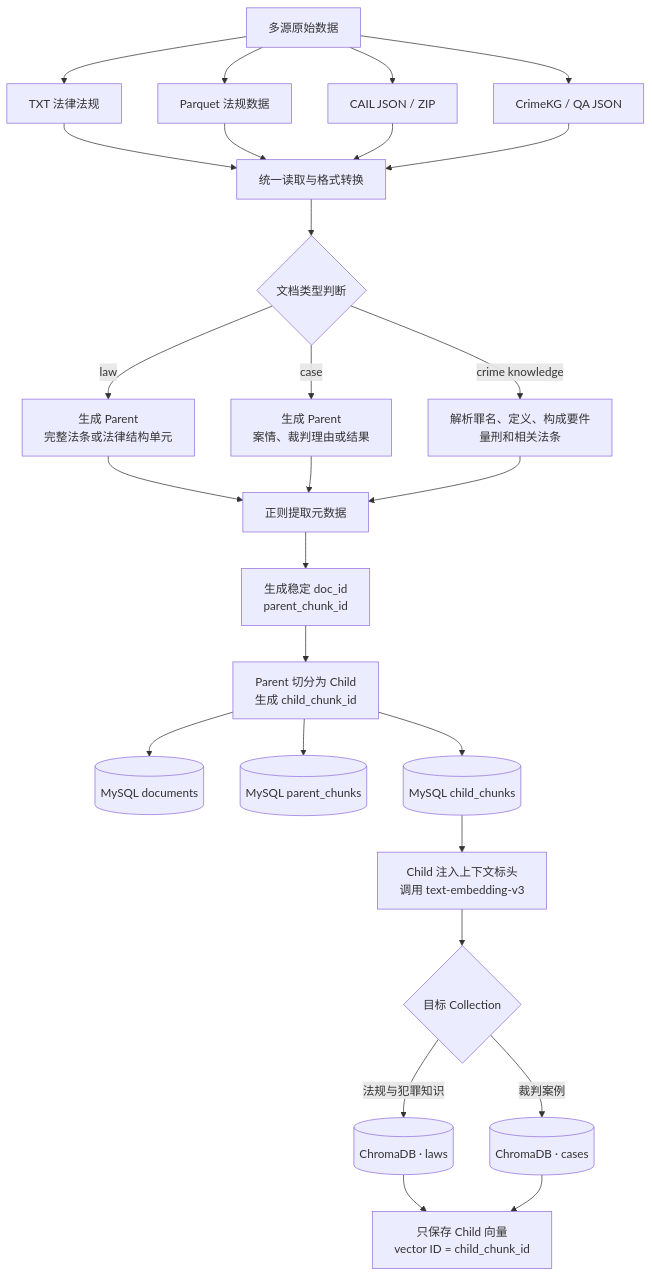
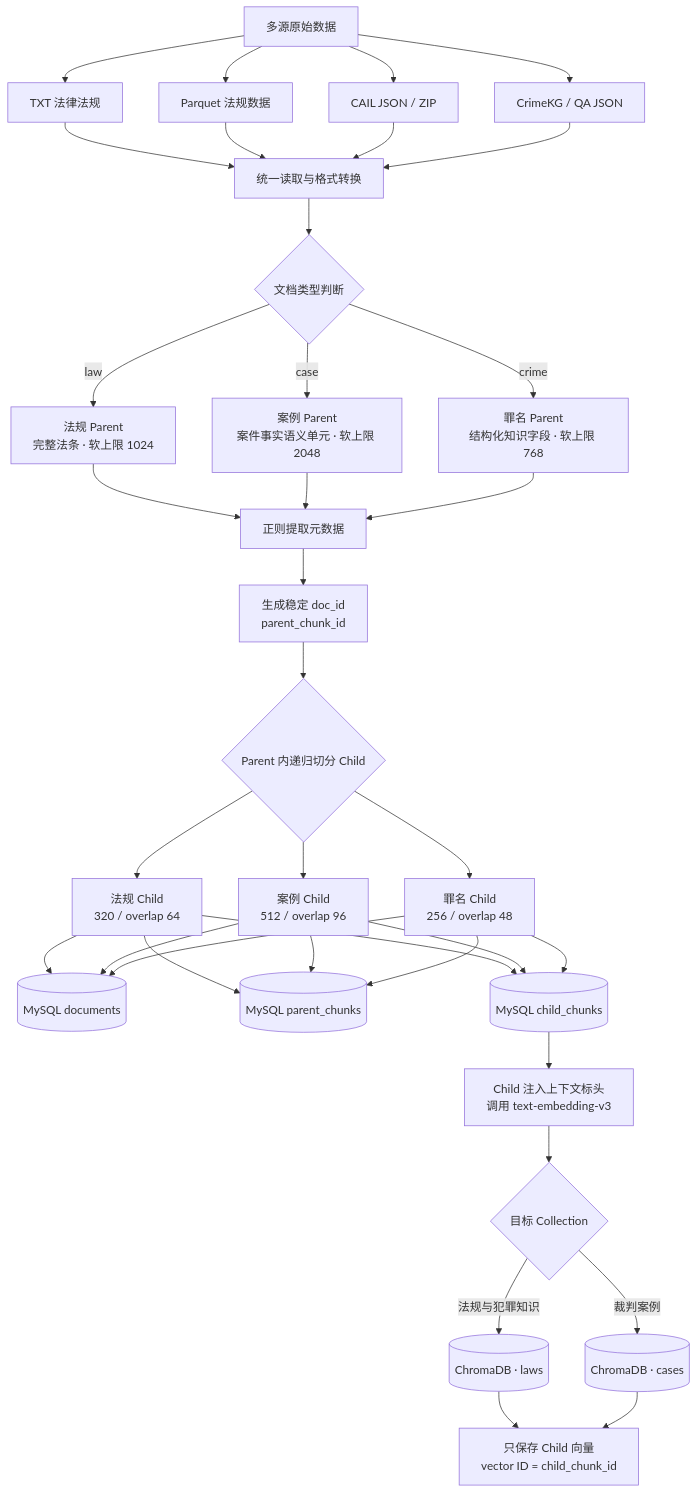
One commit to Leo8150/LawRAG changed the second of 10 diagrams in README.md. Above: the diagram before and after it, drawn with Mermaid. The commit also changed other lines of this file and 9 other files, not shown here.

````diff
--- a/README.md
+++ b/README.md
@@ -457,32 +457,41 @@
 ```mermaid
 flowchart TD
     A[多源原始数据] --> A1[TXT 法律法规]
     A --> A2[Parquet 法规数据]
     A --> A3[CAIL JSON / ZIP]
     A --> A4[CrimeKG / QA JSON]
 
     A1 --> B[统一读取与格式转换]
     A2 --> B
     A3 --> B
     A4 --> B
     B --> C{文档类型判断}
 
-    C -->|law| D1[生成 Parent<br/>完整法条或法律结构单元]
-    C -->|case| D2[生成 Parent<br/>案情、裁判理由或结果]
-    C -->|crime knowledge| D3[解析罪名、定义、构成要件<br/>量刑和相关法条]
+    C -->|law| D1[法规 Parent<br/>完整法条 · 软上限 1024]
+    C -->|case| D2[案例 Parent<br/>案件事实语义单元 · 软上限 2048]
+    C -->|crime| D3[罪名 Parent<br/>结构化知识字段 · 软上限 768]
 
     D1 --> E[正则提取元数据]
     D2 --> E
     D3 --> E
     E --> F[生成稳定 doc_id<br/>parent_chunk_id]
-    F --> G[Parent 切分为 Child<br/>生成 child_chunk_id]
-    G --> M1[(MySQL documents)]
-    G --> M2[(MySQL parent_chunks)]
-    G --> M3[(MySQL child_chunks)]
+    F --> G{Parent 内递归切分 Child}
+    G --> G1[法规 Child<br/>320 / overlap 64]
+    G --> G2[案例 Child<br/>512 / overlap 96]
+    G --> G3[罪名 Child<br/>256 / overlap 48]
+    G1 --> M1[(MySQL documents)]
+    G2 --> M1
+    G3 --> M1
+    G1 --> M2[(MySQL parent_chunks)]
+    G2 --> M2
+    G3 --> M2
+    G1 --> M3[(MySQL child_chunks)]
+    G2 --> M3
+    G3 --> M3
     M3 --> H[Child 注入上下文标头<br/>调用 text-embedding-v3]
     H --> I{目标 Collection}
     I -->|法规与犯罪知识| J[(ChromaDB · laws)]
     I -->|裁判案例| K[(ChromaDB · cases)]
     J --> L[只保存 Child 向量<br/>vector ID = child_chunk_id]
     K --> L
 ```
````
